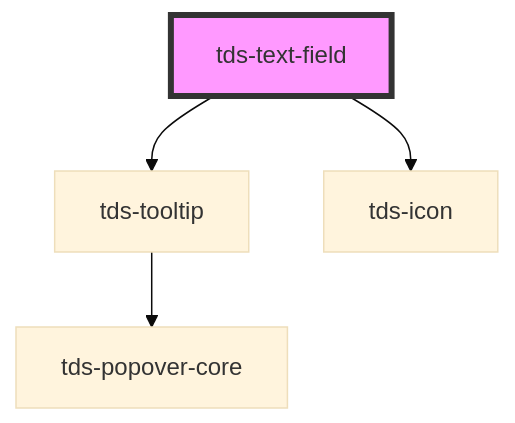
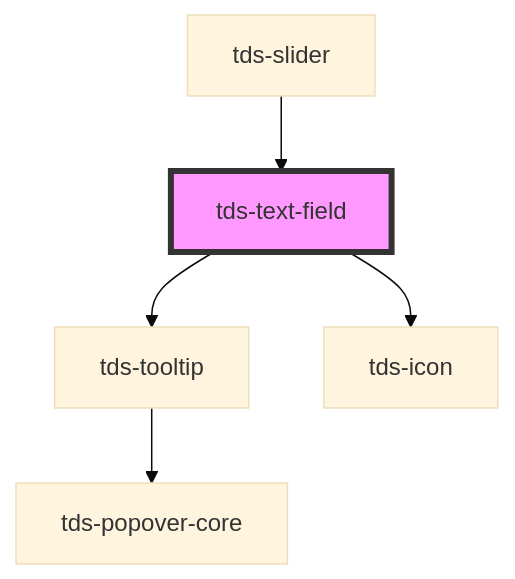
The diagram in packages/core/src/components/text-field/readme.md (scania-digital-design-system/tegel), drawn with Mermaid (base theme) before and after one commit. The commit also changed other lines of this file and 3 other files, not shown here.

````diff
--- a/packages/core/src/components/text-field/readme.md
+++ b/packages/core/src/components/text-field/readme.md
@@ -72,7 +76,8 @@
 ```mermaid
 graph TD;
   tds-text-field --> tds-tooltip
   tds-text-field --> tds-icon
   tds-tooltip --> tds-popover-core
+  tds-slider --> tds-text-field
   style tds-text-field fill:#f9f,stroke:#333,stroke-width:4px
 ```
````
